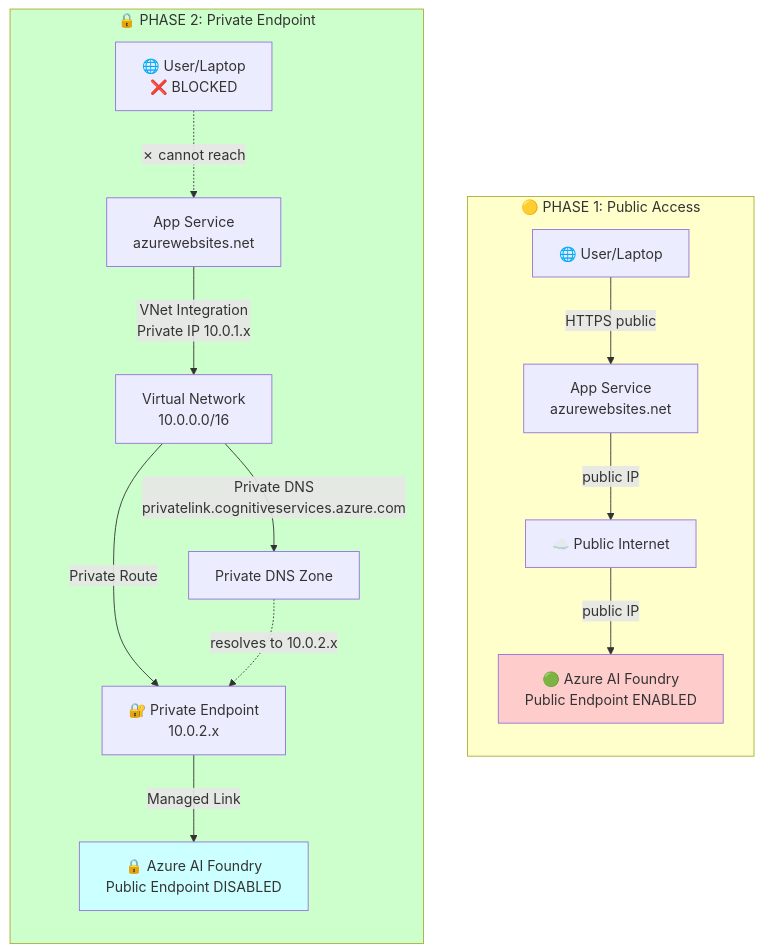
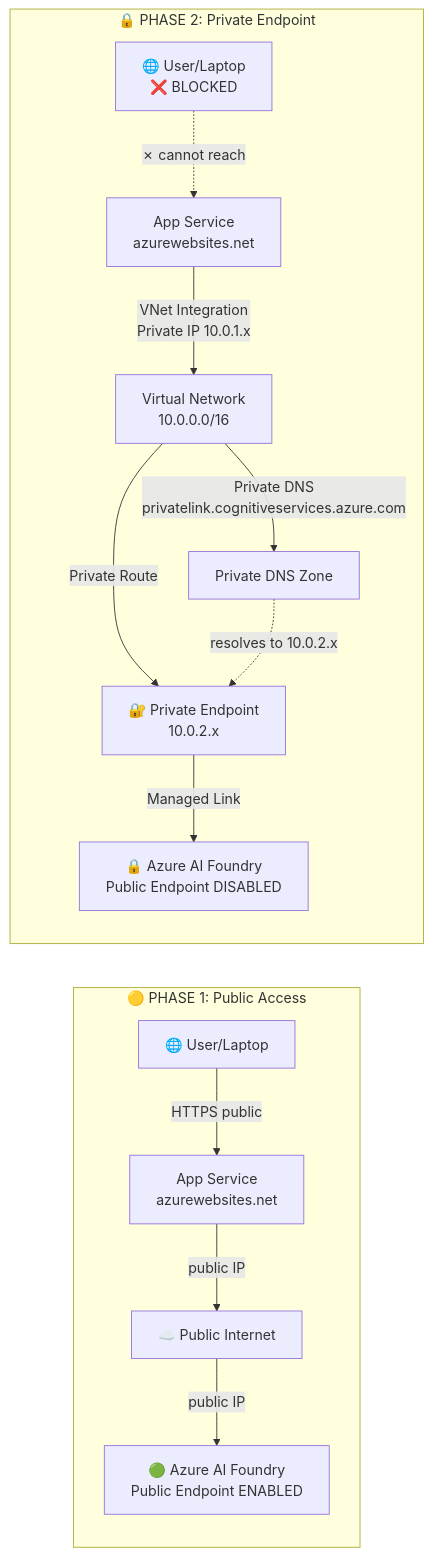
Before and after one commit to dmauser/ms-foundry-pe-demo: the diagram in README.md, drawn with Mermaid. The commit also changed other lines of this file and 1 other file, not shown here.

Commit message:
docs: fix Mermaid diagram order, remove draw.io, fix dark mode
- Remove draw.io references and docs/architecture.drawio file
- Swap phase order: Phase 1 (Public) now appears first/left, Phase 2 (Private) second/right
- Change from graph TB to graph LR for correct left-to-right layout
- Remove all style/fill lines to enable automatic dark mode compatibility

````diff
--- a/README.md
+++ b/README.md
@@ -34,24 +28,19 @@
 ```mermaid
-graph TB
+graph LR
     subgraph PublicPhase["🟡 PHASE 1: Public Access"]
         direction TB
         User1["🌐 User/Laptop"] -->|HTTPS public| AppSvc1["App Service<br/>azurewebsites.net"]
         AppSvc1 -->|public IP| Internet1["☁️ Public Internet"]
         Internet1 -->|public IP| Foundry1["🟢 Azure AI Foundry<br/>Public Endpoint ENABLED"]
     end
     
     subgraph PrivatePhase["🔒 PHASE 2: Private Endpoint"]
         direction TB
         User2["🌐 User/Laptop<br/>❌ BLOCKED"] -.->|✗ cannot reach| AppSvc2["App Service<br/>azurewebsites.net"]
         AppSvc2 -->|VNet Integration<br/>Private IP 10.0.1.x| VNet["Virtual Network<br/>10.0.0.0/16"]
         VNet -->|Private Route| PrivateEP["🔐 Private Endpoint<br/>10.0.2.x"]
         PrivateEP -->|Managed Link| Foundry2["🔒 Azure AI Foundry<br/>Public Endpoint DISABLED"]
         VNet -->|Private DNS<br/>privatelink.cognitiveservices.azure.com| DNS["Private DNS Zone"]
         DNS -.->|resolves to 10.0.2.x| PrivateEP
     end
-    
-    style PublicPhase fill:#FFFFCC
-    style PrivatePhase fill:#CCFFCC
-    style Foundry1 fill:#FFCCCC
-    style Foundry2 fill:#CCFFFF
 ```
````
